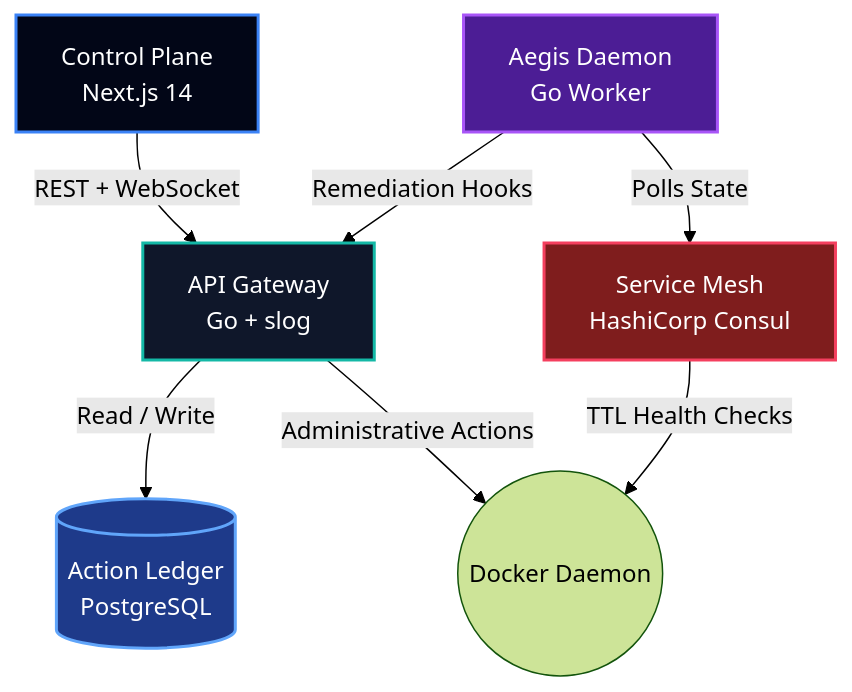
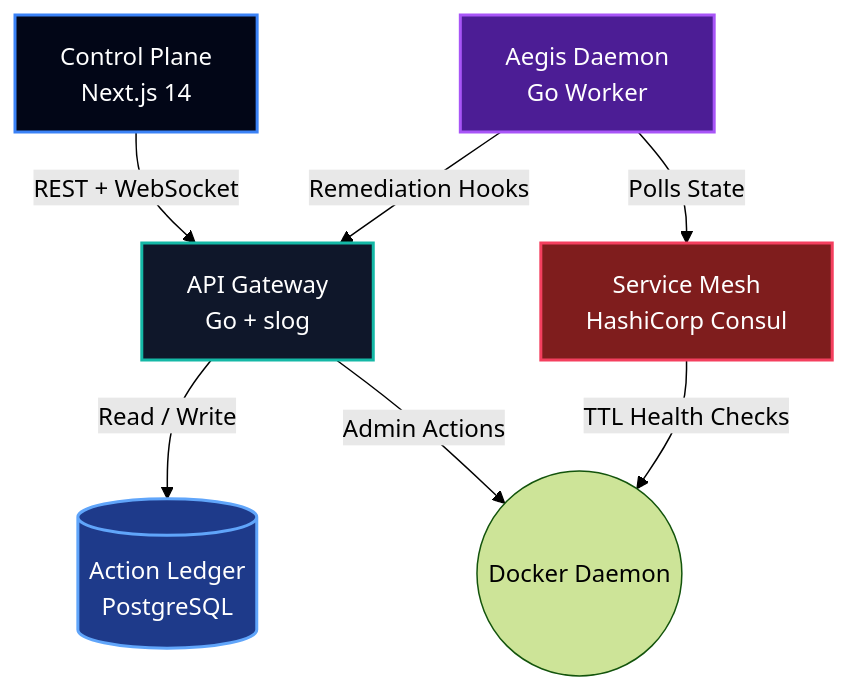
Before and after one commit to Gi-v/Agentops: the diagram in agentops-platform/README.md, drawn with Mermaid (forest theme). The commit also changed other lines of this file, not shown here.

````diff
--- a/agentops-platform/README.md
+++ b/agentops-platform/README.md
@@ -103,23 +27,22 @@
 ```mermaid
 graph TD
-
     classDef ui fill:#020617,stroke:#3b82f6,stroke-width:2px,color:#fff
     classDef api fill:#0f172a,stroke:#14b8a6,stroke-width:2px,color:#fff
     classDef core fill:#4c1d95,stroke:#a855f7,stroke-width:2px,color:#fff
     classDef mesh fill:#7f1d1d,stroke:#f43f5e,stroke-width:2px,color:#fff
     classDef db fill:#1e3a8a,stroke:#60a5fa,stroke-width:2px,color:#fff
 
     UI[Control Plane<br/>Next.js 14]:::ui
     API[API Gateway<br/>Go + slog]:::api
     Brain[Aegis Daemon<br/>Go Worker]:::core
     Consul[Service Mesh<br/>HashiCorp Consul]:::mesh
     DB[(Action Ledger<br/>PostgreSQL)]:::db
     Docker((Docker Daemon))
 
     UI -->|REST + WebSocket| API
     API -->|Read / Write| DB
-    API -->|Administrative Actions| Docker
+    API -->|Admin Actions| Docker
     Brain -->|Polls State| Consul
     Brain -->|Remediation Hooks| API
     Consul -->|TTL Health Checks| Docker
 ```
````
